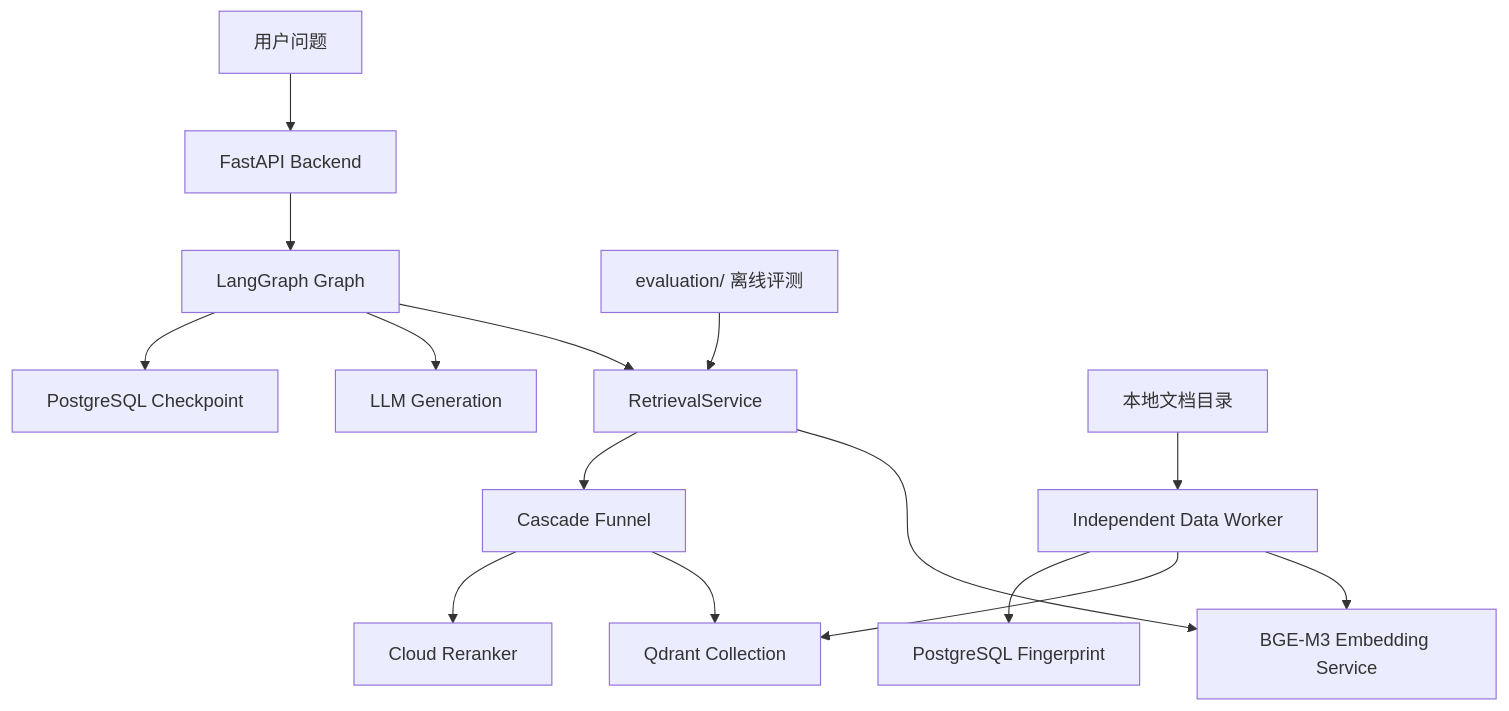
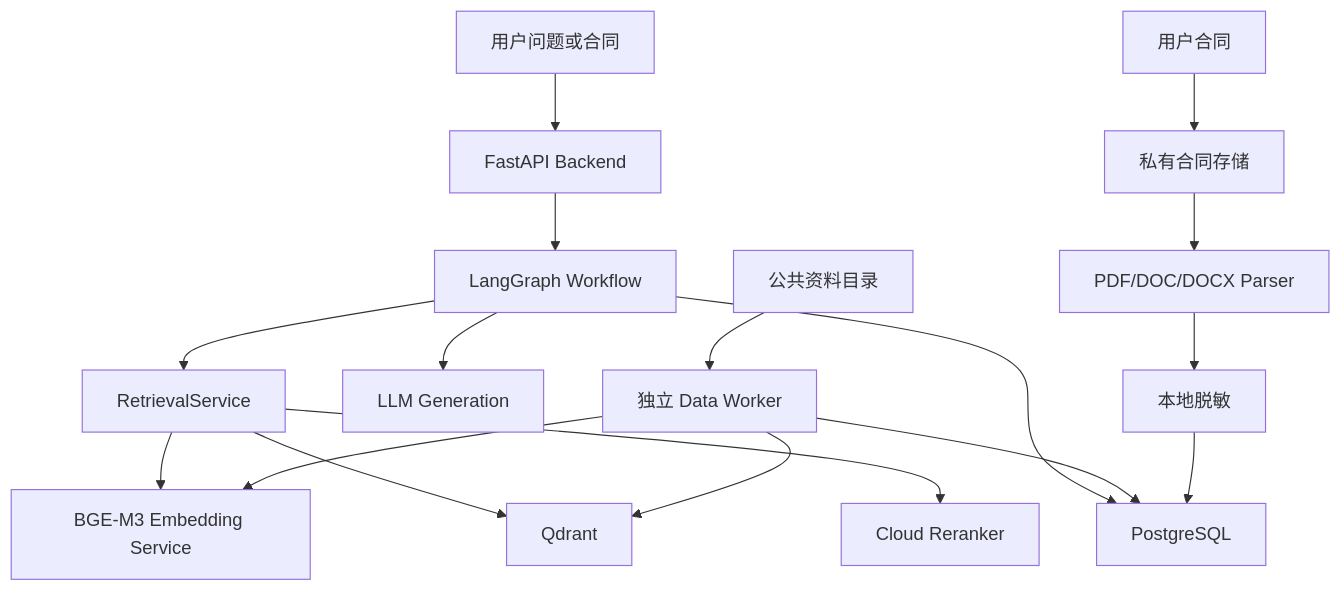
The diagram in README.md (ccxx777/-agent), drawn with Mermaid before and after one commit. The commit also changed other lines of this file and 31 other files, not shown here.

````diff
--- a/README.md
+++ b/README.md
@@ -79,19 +92,19 @@
 ```mermaid
 flowchart TB
-    U["用户问题"] --> API["FastAPI Backend"]
-    API --> G["LangGraph Graph"]
-    G --> RS["RetrievalService"]
-    RS --> E["BGE-M3 Embedding Service"]
-    RS --> F["Cascade Funnel"]
-    F --> Q["Qdrant Collection"]
-    F --> R["Cloud Reranker"]
-    G --> L["LLM Generation"]
-    G --> PG["PostgreSQL Checkpoint"]
-
-    D["本地文档目录"] --> DW["Independent Data Worker"]
+    U[用户问题或合同] --> API[FastAPI Backend]
+    API --> G[LangGraph Workflow]
+    G --> RS[RetrievalService]
+    RS --> E[BGE-M3 Embedding Service]
+    RS --> Q[Qdrant]
+    RS --> RR[Cloud Reranker]
+    G --> L[LLM Generation]
+    G --> PG[PostgreSQL]
+    D[公共资料目录] --> DW[独立 Data Worker]
     DW --> E
     DW --> Q
-    DW --> FP["PostgreSQL Fingerprint"]
-
-    EV["evaluation/ 离线评测"] --> RS
+    DW --> PG
+    C[用户合同] --> CS[私有合同存储]
+    CS --> CP[PDF/DOC/DOCX Parser]
+    CP --> RED[本地脱敏]
+    RED --> PG
 ```
````
